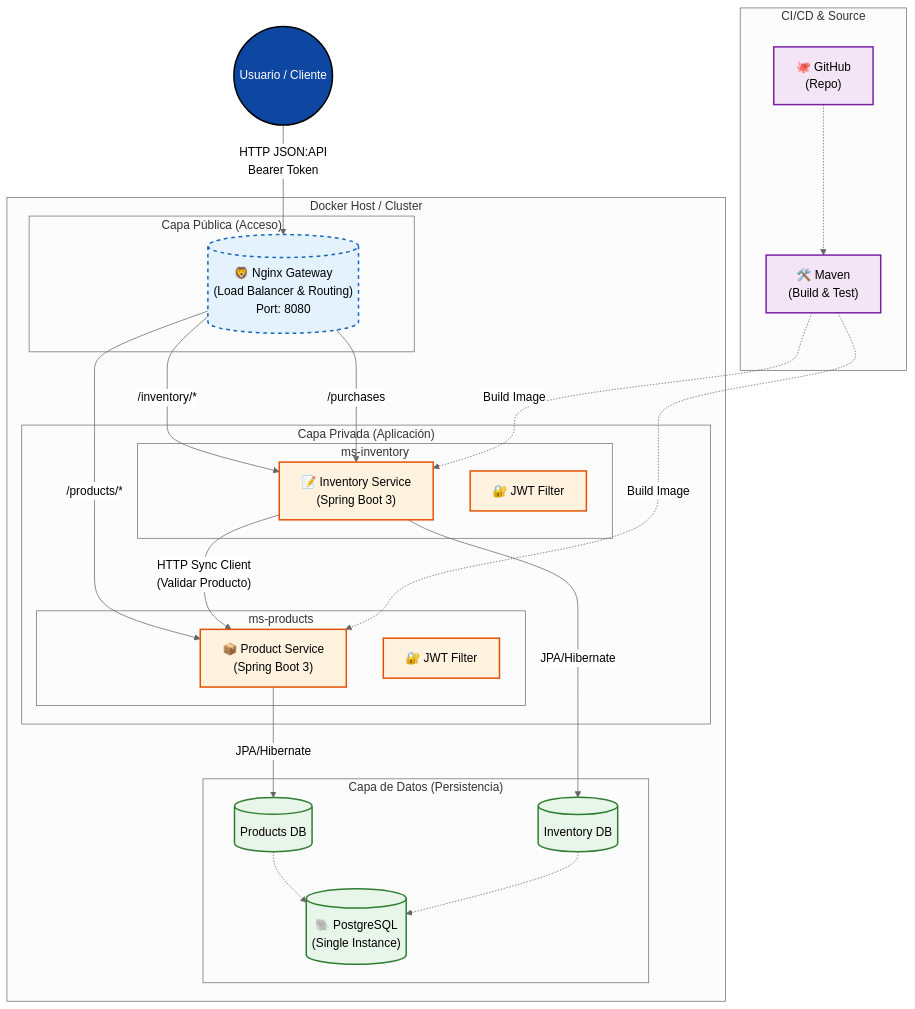
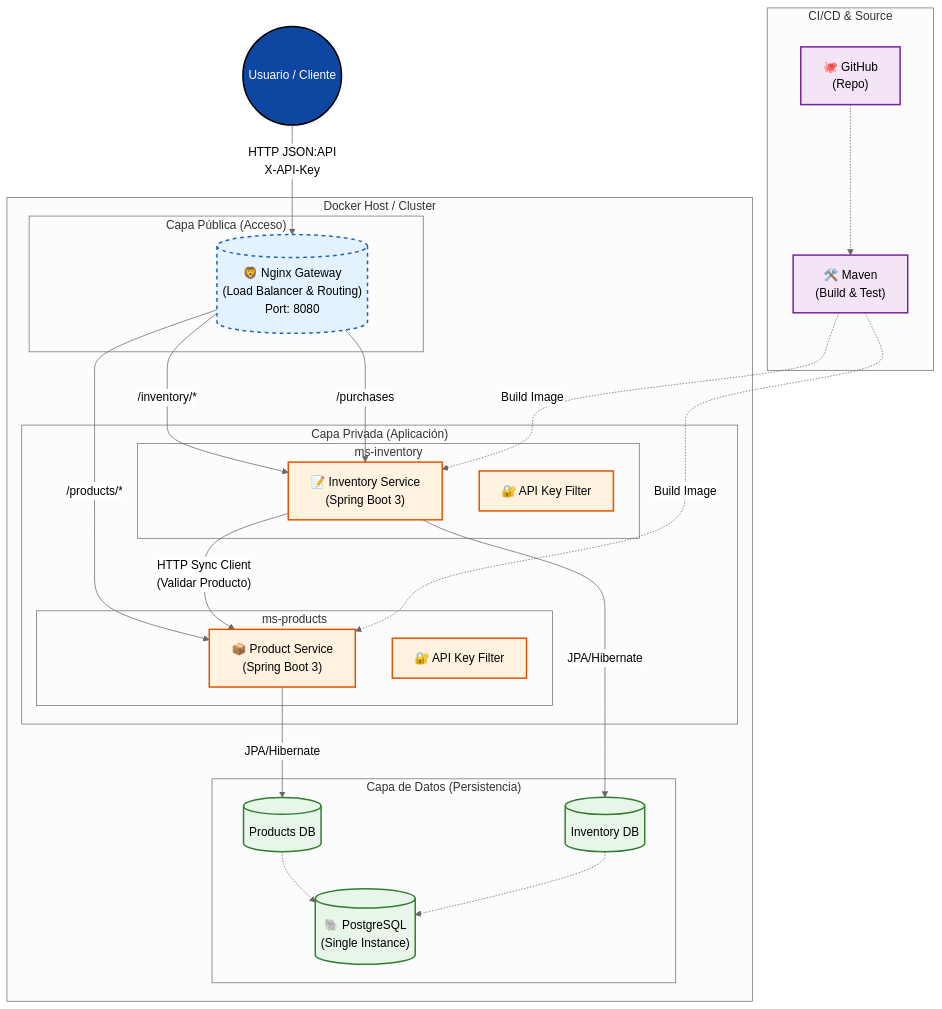
One commit to bamc300/ms-products-inventory changed the first of 2 diagrams in README.md. Above: the diagram before and after it, drawn with Mermaid (neutral theme). The commit also changed other lines of this file, not shown here.

Commit message:
docs: update README with API Key authentication details

````diff
--- a/README.md
+++ b/README.md
@@ -142,64 +142,64 @@
 ```mermaid
 graph TD
     %% Estilos
     classDef user fill:#0d47a1,stroke:#000,stroke-width:2px,color:#fff;
     classDef public fill:#e3f2fd,stroke:#1565c0,stroke-width:2px,stroke-dasharray: 5 5;
     classDef private fill:#fff3e0,stroke:#e65100,stroke-width:2px;
     classDef data fill:#e8f5e9,stroke:#2e7d32,stroke-width:2px;
     classDef ext fill:#f3e5f5,stroke:#7b1fa2,stroke-width:2px;
 
     User((Usuario / Cliente)):::user
 
     subgraph "Docker Host / Cluster"
         
         subgraph "Capa Pública (Acceso)"
             Nginx[("🦁 Nginx Gateway<br/>(Load Balancer & Routing)<br/>Port: 8080")]:::public
         end
 
         subgraph "Capa Privada (Aplicación)"
             subgraph "ms-products"
                 ProdService["📦 Product Service<br/>(Spring Boot 3)"]:::private
-                ProdSec["🔐 JWT Filter"]:::private
+                ProdSec["🔐 API Key Filter"]:::private
             end
 
             subgraph "ms-inventory"
                 InvService["📝 Inventory Service<br/>(Spring Boot 3)"]:::private
-                InvSec["🔐 JWT Filter"]:::private
+                InvSec["🔐 API Key Filter"]:::private
             end
         end
 
         subgraph "Capa de Datos (Persistencia)"
             Postgres[("🐘 PostgreSQL<br/>(Single Instance)")]:::data
             DB1[("Products DB")]:::data
             DB2[("Inventory DB")]:::data
         end
     end
 
     subgraph "CI/CD & Source"
         Git["🐙 GitHub<br/>(Repo)"]:::ext
         Maven["🛠️ Maven<br/>(Build & Test)"]:::ext
     end
 
     %% Conexiones
-    User -->|HTTP JSON:API<br/>Bearer Token| Nginx
+    User -->|HTTP JSON:API<br/>X-API-Key| Nginx
     
     Nginx -->|"/products/*"| ProdService
     Nginx -->|"/inventory/*"| InvService
     Nginx -->|"/purchases"| InvService
 
     %% Comunicación entre microservicios
     InvService -->|"HTTP Sync Client<br/>(Validar Producto)"| ProdService
 
     %% Conexiones a BD
     ProdService -->|JPA/Hibernate| DB1
     InvService -->|JPA/Hibernate| DB2
     
     DB1 -.-> Postgres
     DB2 -.-> Postgres
 
     %% CI/CD Flow
     Git -.-> Maven
     Maven -.->|"Build Image"| ProdService
     Maven -.->|"Build Image"| InvService
 
 ```
````
